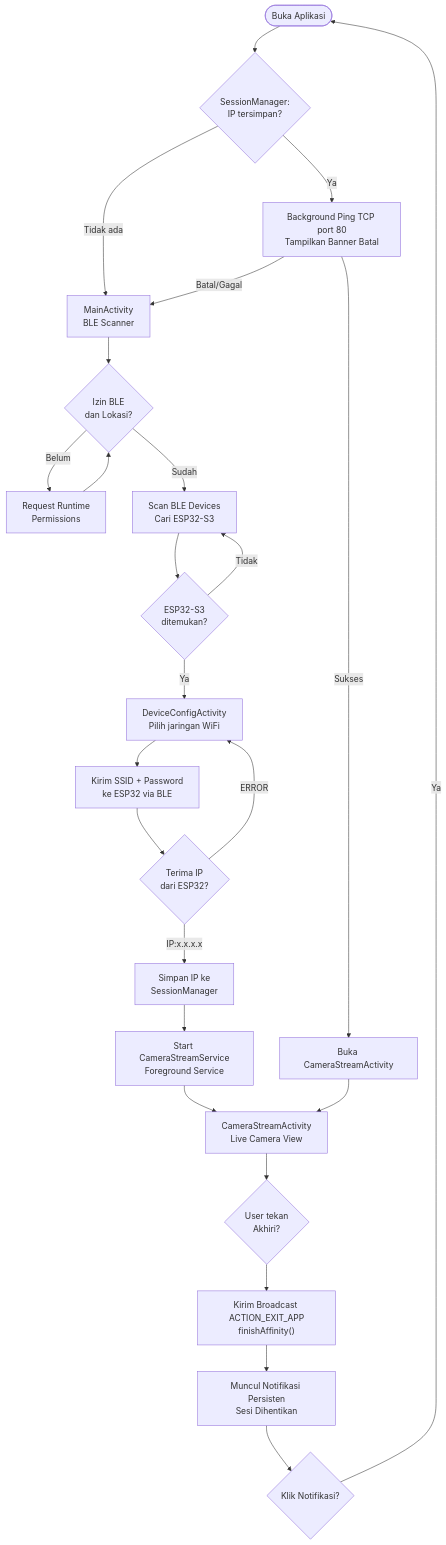
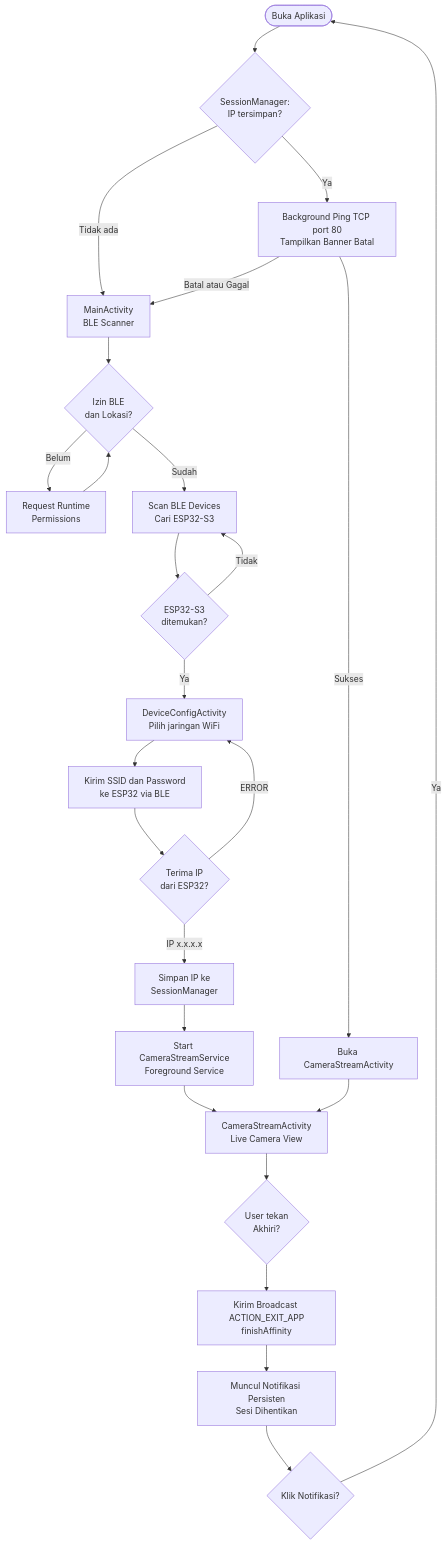
Before and after one commit to aan-andiyanaS/Mobile-EPS32-CAM: the second of 4 diagrams in README.md, drawn with Mermaid.

Commit message:
docs: remove nested quotes in mermaid flowchart

````diff
--- a/README.md
+++ b/README.md
@@ -101,35 +101,35 @@
 ```mermaid
 flowchart TD
     START([Buka Aplikasi]) --> CHECK{SessionManager:\nIP tersimpan?}
 
-    CHECK -->|Ya| BG_PING["Background Ping TCP port 80\nTampilkan Banner Batal"]
-    CHECK -->|Tidak ada| MAIN["MainActivity\nBLE Scanner"]
+    CHECK -->|Ya| BG_PING[Background Ping TCP port 80<br/>Tampilkan Banner Batal]
+    CHECK -->|Tidak ada| MAIN[MainActivity<br/>BLE Scanner]
     
-    BG_PING -->|Sukses| RESUME["Buka CameraStreamActivity"]
-    BG_PING -->|"Batal/Gagal"| MAIN
+    BG_PING -->|Sukses| RESUME[Buka CameraStreamActivity]
+    BG_PING -->|Batal atau Gagal| MAIN
 
-    MAIN --> PERM{Izin BLE\ndan Lokasi?}
-    PERM -->|Belum| REQ["Request Runtime\nPermissions"]
+    MAIN --> PERM{Izin BLE<br/>dan Lokasi?}
+    PERM -->|Belum| REQ[Request Runtime<br/>Permissions]
     REQ --> PERM
-    PERM -->|Sudah| SCAN["Scan BLE Devices\nCari ESP32-S3"]
+    PERM -->|Sudah| SCAN[Scan BLE Devices<br/>Cari ESP32-S3]
 
-    SCAN --> FOUND{ESP32-S3\nditemukan?}
+    SCAN --> FOUND{ESP32-S3<br/>ditemukan?}
     FOUND -->|Tidak| SCAN
-    FOUND -->|Ya| CONFIG["DeviceConfigActivity\nPilih jaringan WiFi"]
+    FOUND -->|Ya| CONFIG[DeviceConfigActivity<br/>Pilih jaringan WiFi]
 
-    CONFIG --> SEND["Kirim SSID + Password\nke ESP32 via BLE"]
-    SEND --> WAIT{Terima IP\ndari ESP32?}
+    CONFIG --> SEND[Kirim SSID dan Password<br/>ke ESP32 via BLE]
+    SEND --> WAIT{Terima IP<br/>dari ESP32?}
     WAIT -->|ERROR| CONFIG
-    WAIT -->|"IP:x.x.x.x"| SAVE["Simpan IP ke\nSessionManager"]
+    WAIT -->|IP x.x.x.x| SAVE[Simpan IP ke<br/>SessionManager]
 
-    SAVE --> SERVICE["Start CameraStreamService\nForeground Service"]
-    SERVICE --> CAMERA["CameraStreamActivity\nLive Camera View"]
+    SAVE --> SERVICE[Start CameraStreamService<br/>Foreground Service]
+    SERVICE --> CAMERA[CameraStreamActivity<br/>Live Camera View]
     RESUME --> CAMERA
 
-    CAMERA --> BACK{User tekan\nAkhiri?}
-    BACK --> EXIT["Kirim Broadcast ACTION_EXIT_APP\nfinishAffinity()"]
-    EXIT --> NOTIF["Muncul Notifikasi Persisten\nSesi Dihentikan"]
+    CAMERA --> BACK{User tekan<br/>Akhiri?}
+    BACK --> EXIT[Kirim Broadcast ACTION_EXIT_APP<br/>finishAffinity]
+    EXIT --> NOTIF[Muncul Notifikasi Persisten<br/>Sesi Dihentikan]
     
     NOTIF --> REOPEN{Klik Notifikasi?}
     REOPEN -->|Ya| START
 ```
````
